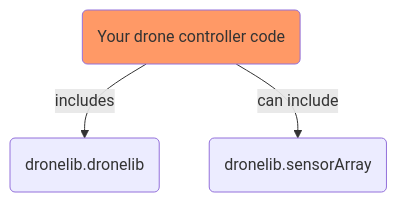
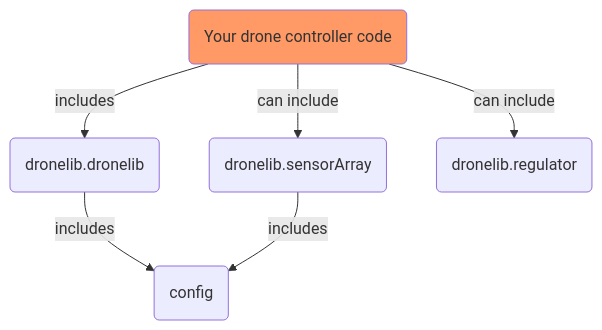
Before and after one commit to fiserKDZ/Dronelib-KDZ: the first of 4 diagrams in doc/index.md, drawn with Mermaid. The commit also changed other lines of this file, not shown here.

````diff
--- a/doc/index.md
+++ b/doc/index.md
@@ -24,6 +46,9 @@
 ```mermaid
 graph TD  
 classDef main fill:#f96;
 A(Your drone controller code):::main -- includes --> B(dronelib.dronelib)
 A -- can include --> C(dronelib.sensorArray)
+A -- can include --> D(dronelib.regulator)
+B -- includes --> E(config)
+C -- includes -->E
 ```
````
